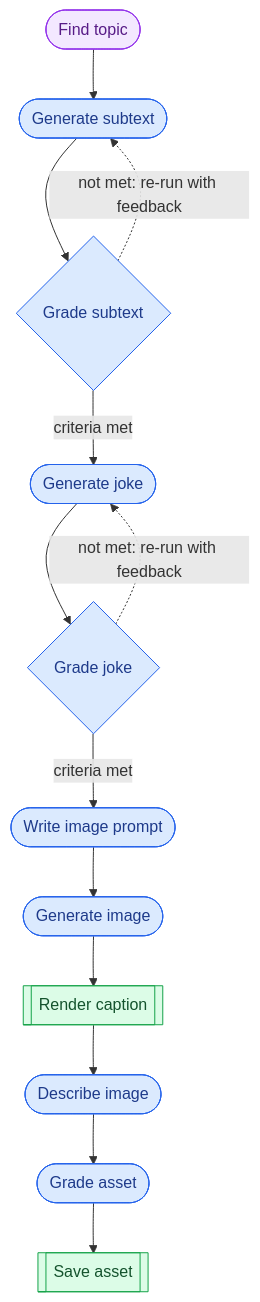
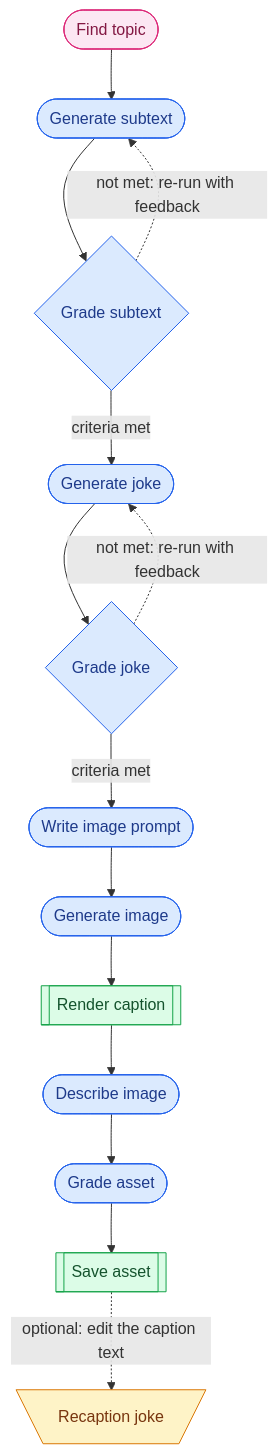
The diagram in README.md (hankehly/comedy-factory), drawn with Mermaid before and after one commit. The commit also changed other lines of this file, not shown here.

Commit message:
Update flowchart colors and legend for clarity in README

````diff
--- a/README.md
+++ b/README.md
@@ -7,26 +7,29 @@
 ```mermaid
 flowchart TD
-    classDef agent fill:#f3e8ff,stroke:#9333ea,color:#581c87
+    classDef agent fill:#fce7f3,stroke:#db2777,color:#831843
     classDef llm fill:#dbeafe,stroke:#2563eb,color:#1e3a8a
     classDef system fill:#dcfce7,stroke:#16a34a,color:#14532d
+    classDef human fill:#fef3c7,stroke:#d97706,color:#78350f
 
     s1(["Find topic"]):::agent
     s2(["Generate subtext"]):::llm
     s3{"Grade subtext"}:::llm
     s4(["Generate joke"]):::llm
     s5{"Grade joke"}:::llm
     s6(["Write image prompt"]):::llm
     s7(["Generate image"]):::llm
     s8[["Render caption"]]:::system
     s9(["Describe image"]):::llm
     s10(["Grade asset"]):::llm
     s11[["Save asset"]]:::system
+    s12[\"Recaption joke"/]:::human
 
     s1 --> s2 --> s3
     s3 -- criteria met --> s4
     s3 -. "not met: re-run with feedback" .-> s2
     s4 --> s5
     s5 -- criteria met --> s6
     s5 -. "not met: re-run with feedback" .-> s4
     s6 --> s7 --> s8 --> s9 --> s10 --> s11
+    s11 -. "optional: edit the caption text" .-> s12
 ```
````
